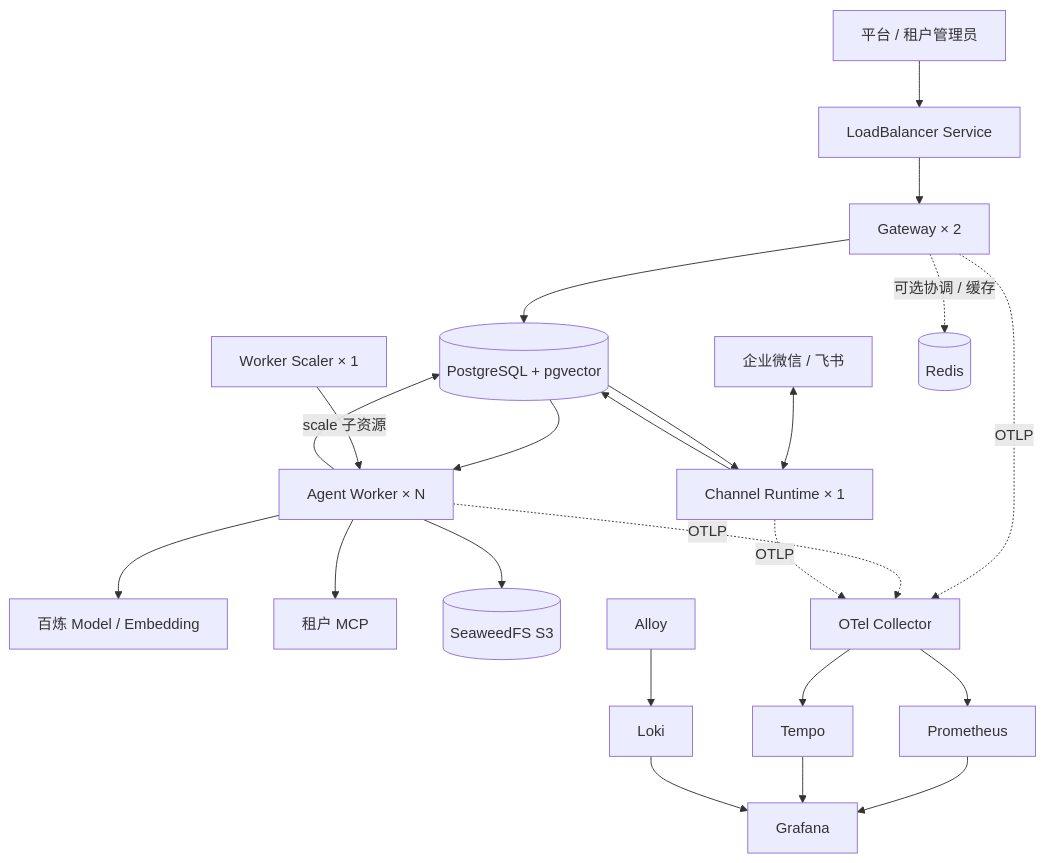
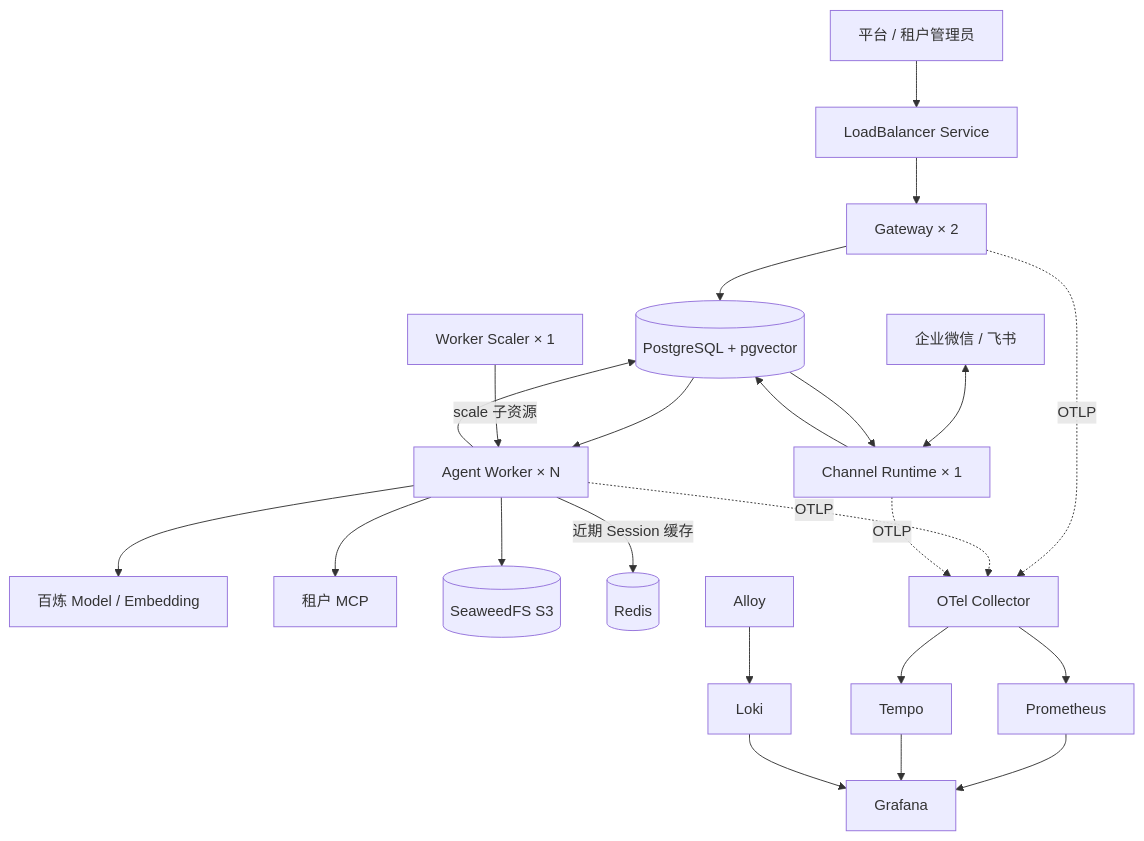
Before and after one commit to Eternally72/trpc-agent-service: the diagram in docs/Kubernetes部署.md, drawn with Mermaid. The commit also changed 36 other files, not shown here.

````diff
--- a/docs/Kubernetes部署.md
+++ b/docs/Kubernetes部署.md
@@ -9,25 +9,25 @@
 ```mermaid
 flowchart TB
     USER[平台 / 租户管理员] --> SVC[LoadBalancer Service]
     IM[企业微信 / 飞书] <--> CHANNEL[Channel Runtime × 1]
     SVC --> GW[Gateway × 2]
     GW --> SQL[(PostgreSQL + pgvector)]
     CHANNEL --> SQL
     SQL --> WORKER[Agent Worker × N]
     SCALER[Worker Scaler × 1] -->|scale 子资源| WORKER
     WORKER --> MODEL[百炼 Model / Embedding]
     WORKER --> MCP[租户 MCP]
     WORKER --> SQL
     WORKER --> S3[(SeaweedFS S3)]
-    GW -. 可选协调 / 缓存 .-> REDIS[(Redis)]
+    WORKER -->|近期 Session 缓存| REDIS[(Redis)]
     SQL --> CHANNEL
     GW -. OTLP .-> OTEL[OTel Collector]
     WORKER -. OTLP .-> OTEL
     CHANNEL -. OTLP .-> OTEL
     OTEL --> PROM[Prometheus]
     OTEL --> TEMPO[Tempo]
     ALLOY[Alloy] --> LOKI[Loki]
     PROM --> GRAFANA[Grafana]
     TEMPO --> GRAFANA
     LOKI --> GRAFANA
 ```
````
